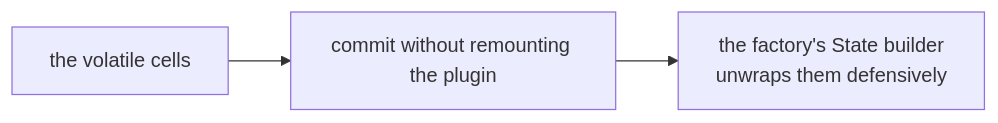
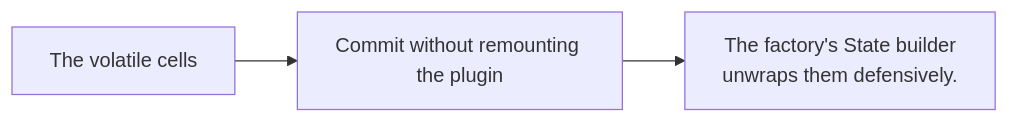
One commit to PlayForm/Site-DeepSeek changed the diagram in Source/Content/Mermaid/ellipsis-volatile.mmd. Above: the diagram before and after it, drawn with Mermaid. The commit also changed 136 other files, not shown here.

```diff
--- a/Source/Content/Mermaid/ellipsis-volatile.mmd
+++ b/Source/Content/Mermaid/ellipsis-volatile.mmd
@@ -1,3 +1,3 @@
 flowchart LR
-	CELLS["the volatile cells"] --> COMMIT["commit without remounting the plugin"]
-	COMMIT --> UNWRAP["the factory's State builder<br/>unwraps them defensively"]
+	CELLS["The volatile cells"] --> COMMIT["Commit without remounting the plugin"]
+	COMMIT --> UNWRAP["The factory's State builder<br/>unwraps them defensively."]
```
